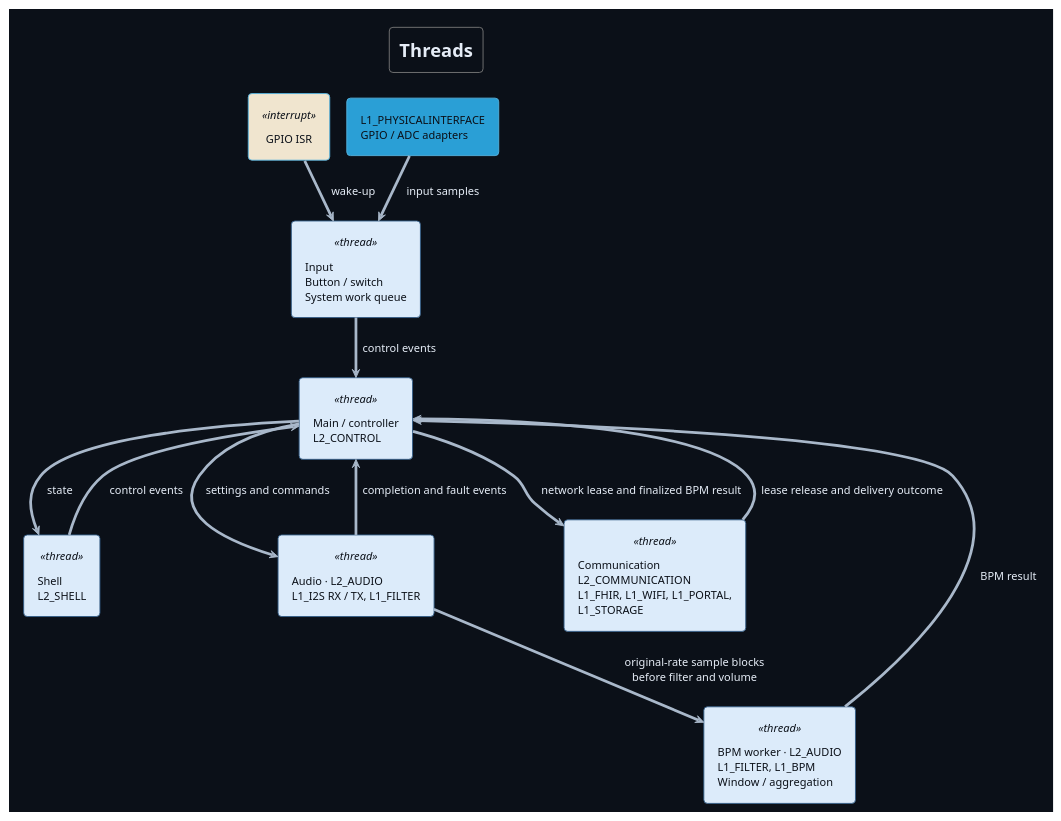
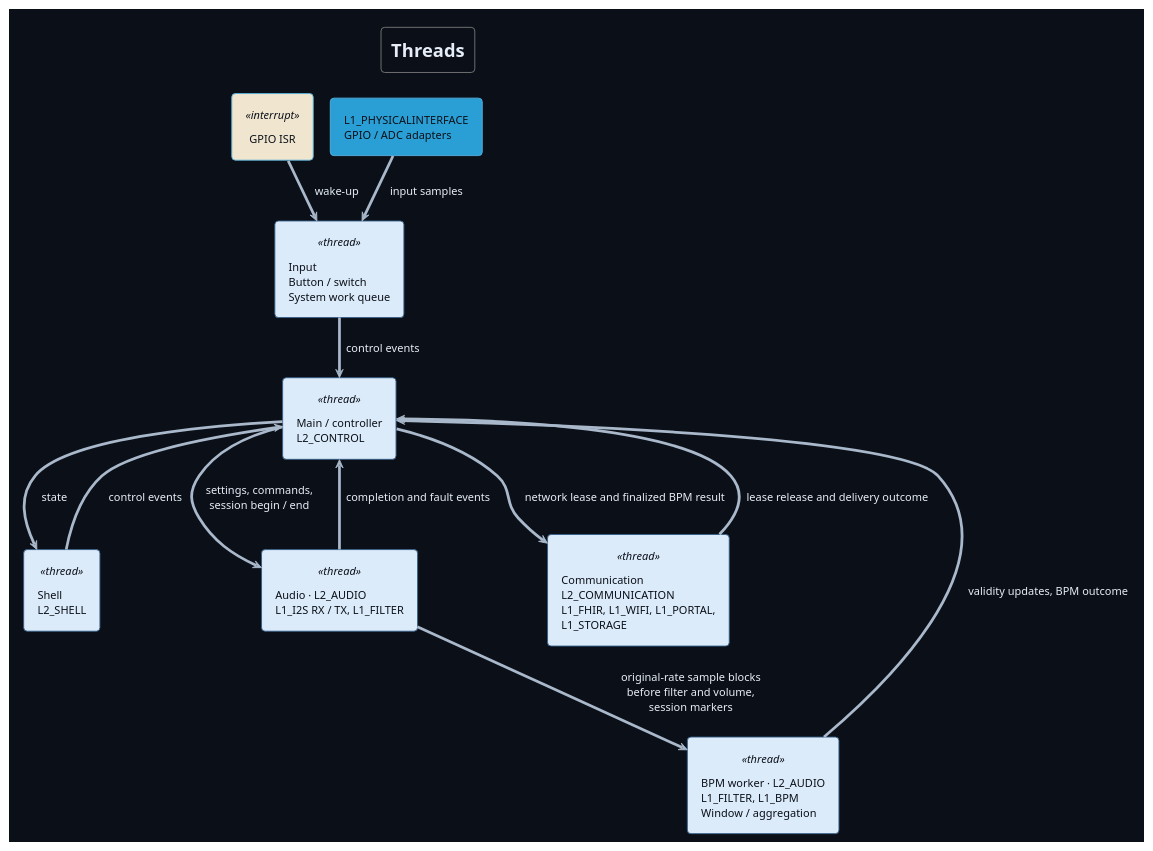
The diagram in Development/system/architecture/system/puml/runtime-ownership.puml (DemonicPsychoII/DigitalStethoscope), drawn with PlantUML before and after one commit. The commit also changed 11 other files, not shown here.

First line of the commit message:
documentation: define the listening filter and BPM analysis architecture

```diff
--- a/Development/system/architecture/system/puml/runtime-ownership.puml
+++ b/Development/system/architecture/system/puml/runtime-ownership.puml
@@ -1,41 +1,41 @@
 @startuml runtime_ownership
 !theme cyborg
 !pragma layout smetana
 skinparam shadowing false
 skinparam backgroundColor #0b1018
 skinparam defaultFontColor #e6edf7
 skinparam ArrowColor #a9b8ca
 skinparam component {
  FontColor #0b1018
 }
 skinparam componentStyle rectangle
 skinparam defaultFontName SansSerif
 title Threads
 top to bottom direction
 skinparam component {
  BackgroundColor<<thread>> #DCEBFA
  BorderColor<<thread>> #345E87
  FontColor<<thread>> #0b1018
  BackgroundColor<<interrupt>> #F0E5CF
  FontColor<<interrupt>> #0b1018
 }
 component "GPIO ISR" as irq <<interrupt>>
 component "L1_PHYSICALINTERFACE\nGPIO / ADC adapters" as adapters
 component "Input\nButton / switch\nSystem work queue" as inp <<thread>>
 component "Shell\nL2_SHELL" as shell <<thread>>
 component "Main / controller\nL2_CONTROL" as ctl <<thread>>
 component "Audio · L2_AUDIO\nL1_I2S RX / TX, L1_FILTER" as audio <<thread>>
 component "BPM worker · L2_AUDIO\nL1_FILTER, L1_BPM\nWindow / aggregation" as bpm <<thread>>
 component "Communication\nL2_COMMUNICATION\nL1_FHIR, L1_WIFI, L1_PORTAL,\nL1_STORAGE" as net <<thread>>
 irq --> inp : wake-up
 adapters --> inp : input samples
 inp --> ctl : control events
 shell --> ctl : control events
 ctl --> shell : state
-ctl --> audio : settings and commands
-audio --> bpm : original-rate sample blocks\nbefore filter and volume
-bpm --> ctl : BPM result
+ctl --> audio : settings, commands,\nsession begin / end
+audio --> bpm : original-rate sample blocks\nbefore filter and volume,\nsession markers
+bpm --> ctl : validity updates, BPM outcome
 audio --> ctl : completion and fault events
 ctl --> net : network lease and finalized BPM result
 net --> ctl : lease release and delivery outcome
 @enduml
```
